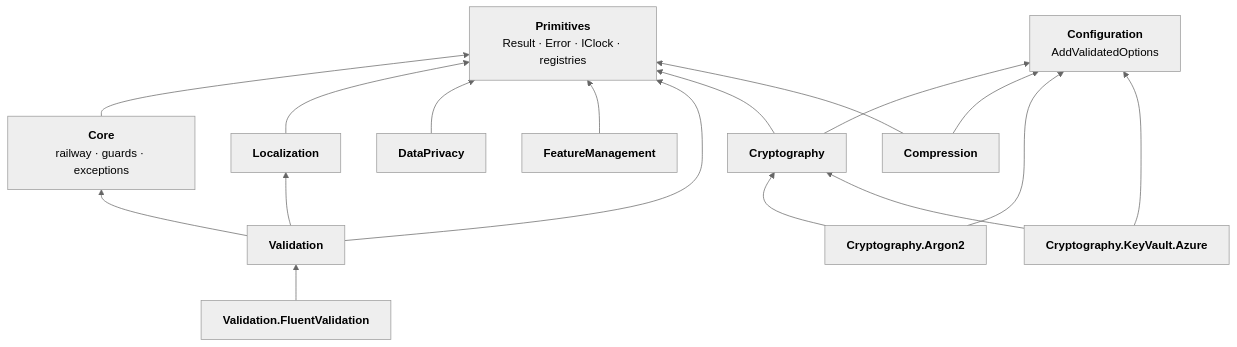
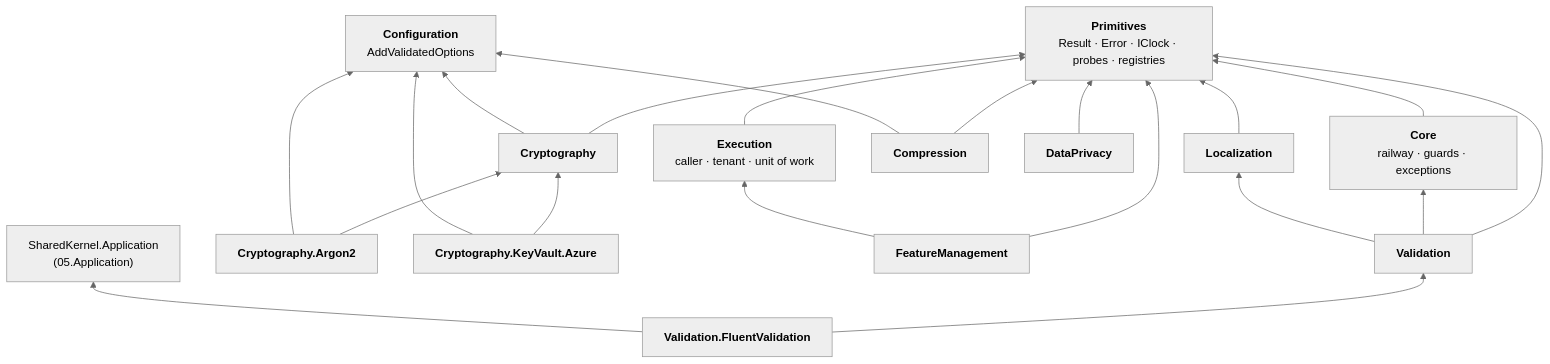
One commit to Gresta-Vertex-Labs/platform-shared-kernel changed the diagram in 01.Core/README.md. Above: the diagram before and after it, drawn with Mermaid (neutral theme). The commit also changed other lines of this file and 167 other files, not shown here.

````diff
--- a/01.Core/README.md
+++ b/01.Core/README.md
@@ -92,26 +99,29 @@
 ```mermaid
 flowchart BT
-    P["<b>Primitives</b><br/>Result · Error · IClock · registries"]
+    P["<b>Primitives</b><br/>Result · Error · IClock · probes · registries"]
+    EX["<b>Execution</b><br/>caller · tenant · unit of work"]
     CFG["<b>Configuration</b><br/>AddValidatedOptions"]
     C["<b>Core</b><br/>railway · guards · exceptions"]
     L["<b>Localization</b>"]
     V["<b>Validation</b>"]
     FV["<b>Validation.FluentValidation</b>"]
     CR["<b>Cryptography</b>"]
     A2["<b>Cryptography.Argon2</b>"]
     KV["<b>Cryptography.KeyVault.Azure</b>"]
     CMP["<b>Compression</b>"]
     DP["<b>DataPrivacy</b>"]
     FM["<b>FeatureManagement</b>"]
+    APP["SharedKernel.Application<br/>(05.Application)"]
 
+    EX --> P
     C --> P
     L --> P
     DP --> P
-    FM --> P
+    FM --> P & EX
     V --> P & C & L
-    FV --> V
+    FV --> V & APP
     CR --> P & CFG
     CMP --> P & CFG
     A2 --> CR & CFG
     KV --> CR & CFG
 ```
````
